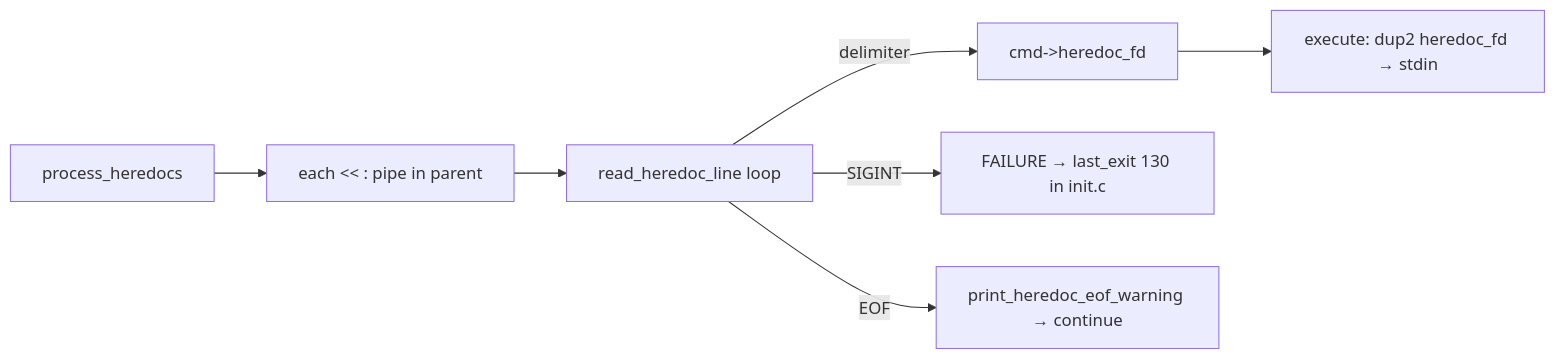
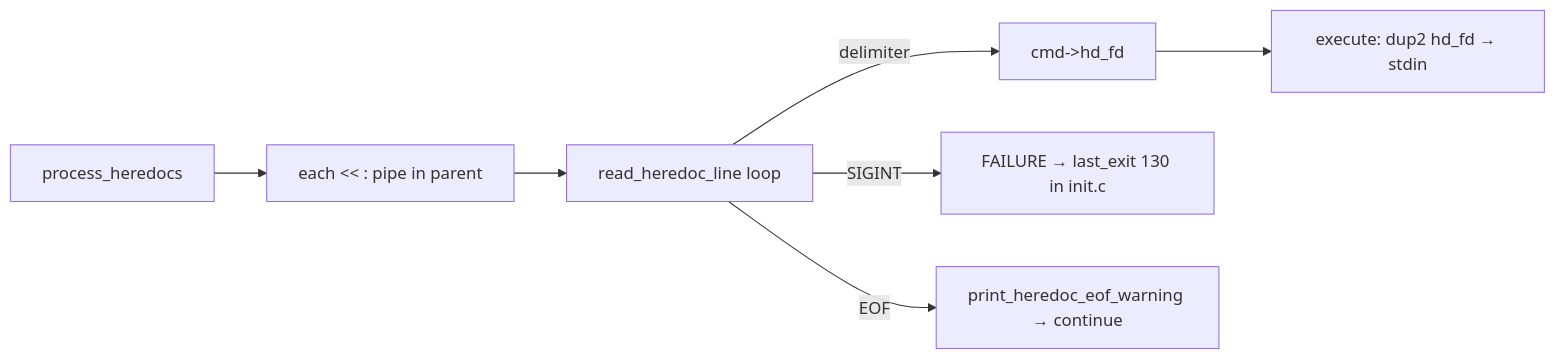
One commit to gkhavari/minishell changed the tenth of 14 diagrams in docs/MINISHELL_ARCHITECTURE.md. Above: the diagram before and after it, drawn with Mermaid. The commit also changed other lines of this file and 56 other files, not shown here.

````diff
--- a/docs/MINISHELL_ARCHITECTURE.md
+++ b/docs/MINISHELL_ARCHITECTURE.md
@@ -737,9 +737,9 @@
 ```mermaid
 flowchart LR
     PH[process_heredocs] --> E[each << : pipe in parent]
     E --> L[read_heredoc_line loop]
-    L -->|delimiter| F[cmd->heredoc_fd]
+    L -->|delimiter| F[cmd->hd_fd]
     L -->|SIGINT| X[FAILURE → last_exit 130 in init.c]
     L -->|EOF| W[print_heredoc_eof_warning → continue]
-    F --> EX[execute: dup2 heredoc_fd → stdin]
+    F --> EX[execute: dup2 hd_fd → stdin]
 ```
````
